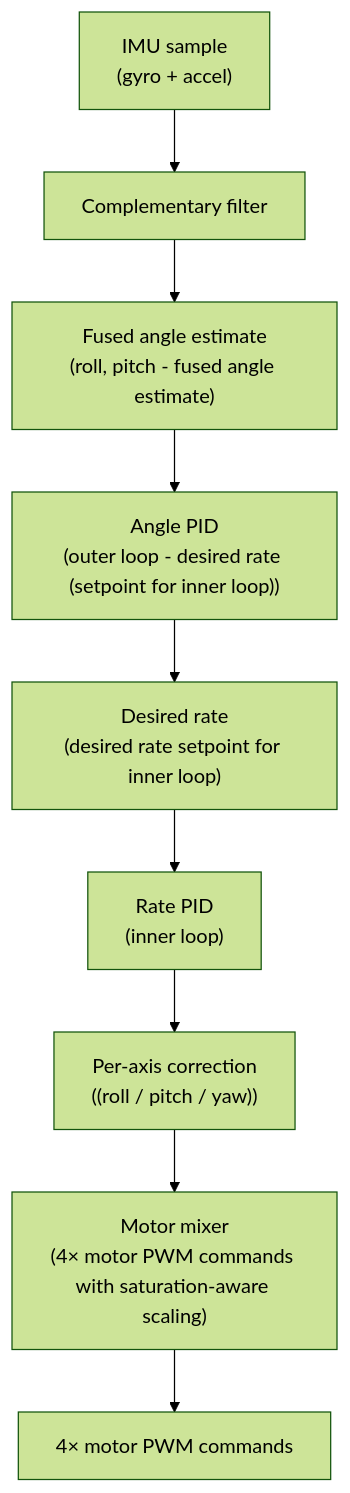
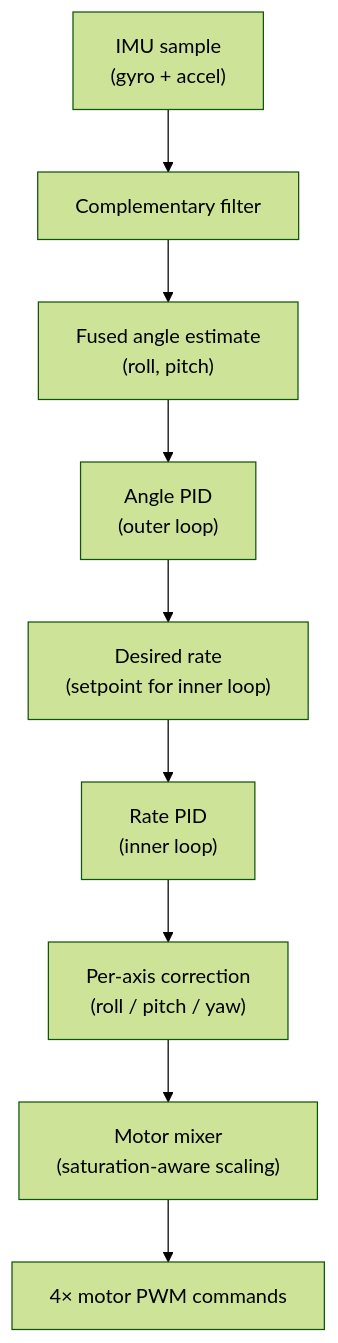
Before and after one commit to PatrickU99/custom-quadcopter-flight-controller: the diagram in README.md, drawn with Mermaid (forest theme). The commit also changed other lines of this file, not shown here.

````diff
--- a/README.md
+++ b/README.md
@@ -22,11 +22,11 @@
 ```mermaid
 flowchart TD
     A["IMU sample<br/>(gyro + accel)"] --> B["Complementary filter"]
-    B --> C["Fused angle estimate<br/>(roll, pitch - fused angle estimate)"]
-    C --> D["Angle PID<br/>(outer loop - desired rate (setpoint for inner loop))"]
-    D --> E["Desired rate<br/>(desired rate setpoint for inner loop)"]
+    B --> C["Fused angle estimate<br/>(roll, pitch)"]
+    C --> D["Angle PID<br/>(outer loop)"]
+    D --> E["Desired rate<br/>(setpoint for inner loop)"]
     E --> F["Rate PID<br/>(inner loop)"]
-    F --> G["Per-axis correction<br/>((roll / pitch / yaw))"]
-    G --> H["Motor mixer<br/>(4× motor PWM commands with saturation-aware scaling)"]
+    F --> G["Per-axis correction<br/>(roll / pitch / yaw)"]
+    G --> H["Motor mixer<br/>(saturation-aware scaling)"]
     H --> I["4× motor PWM commands"]
 ```
````
